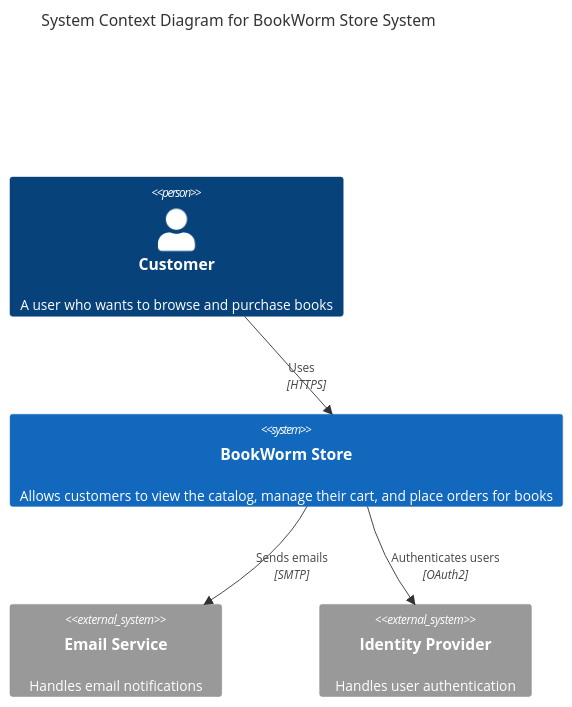
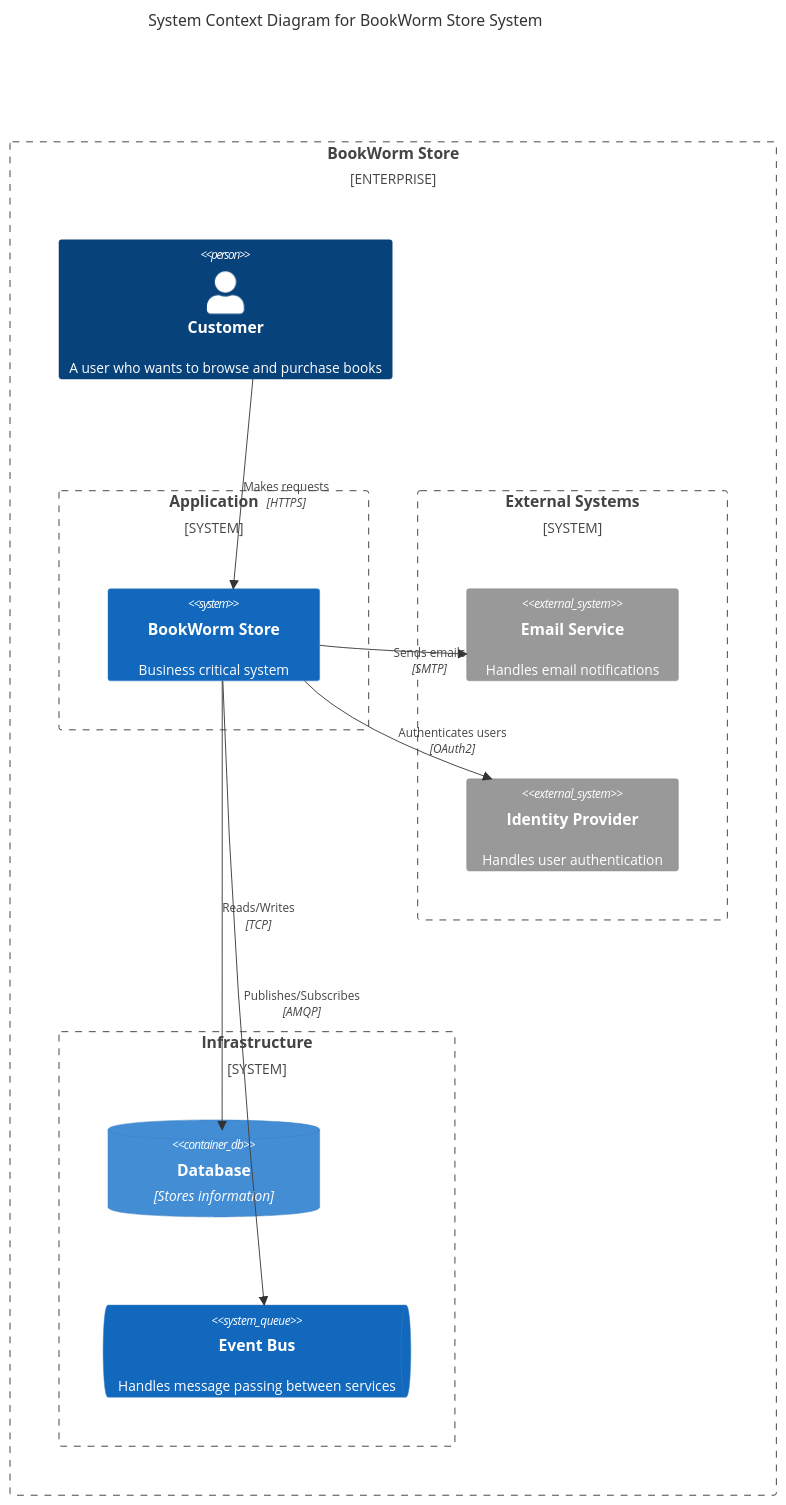
Before and after one commit to foxminchan/BookWorm: the first of 2 diagrams in eventcatalog/domains/Store/index.mdx, drawn with Mermaid. The commit also changed other lines of this file and 9 other files, not shown here.

First line of the commit message:
chore: update service diagrams and enhance documentation structure

````diff
--- a/eventcatalog/domains/Store/index.mdx
+++ b/eventcatalog/domains/Store/index.mdx
@@ -60,15 +60,30 @@
 ```mermaid
 C4Context
     title System Context Diagram for BookWorm Store System
 
-    Person(customer, "Customer", "A user who wants to browse and purchase books")
+    Enterprise_Boundary(bookworm, "BookWorm Store") {
+      Person(customer, "Customer", "A user who wants to browse and purchase books")
 
-    System(bookworm, "BookWorm Store", "Allows customers to view the catalog, manage their cart, and place orders for books")
+      System_Boundary(application, "Application") {
+        System(bookworm, "BookWorm Store", "Business critical system")
+      }
 
-    System_Ext(email, "Email Service", "Handles email notifications")
-    System_Ext(identity, "Identity Provider", "Handles user authentication")
+      System_Boundary(external, "External Systems") {
+        System_Ext(email, "Email Service", "Handles email notifications")
+        System_Ext(identity, "Identity Provider", "Handles user authentication")
+      }
 
-    Rel(customer, bookworm, "Uses", "HTTPS")
+      System_Boundary(infrastructure, "Infrastructure") {
+        ContainerDb(database, "Database", "Stores information")
+        SystemQueue(eventBus, "Event Bus", "Handles message passing between services")
+      }
+    }
+
+    Rel(customer, bookworm, "Makes requests", "HTTPS")
     Rel(bookworm, email, "Sends emails", "SMTP")
     Rel(bookworm, identity, "Authenticates users", "OAuth2")
+    Rel(bookworm, database, "Reads/Writes", "TCP")
+    Rel(bookworm, eventBus, "Publishes/Subscribes", "AMQP")
+
+    UpdateLayoutConfig($c4ShapeInRow="3", $c4BoundaryInRow="2")
 ```
````
